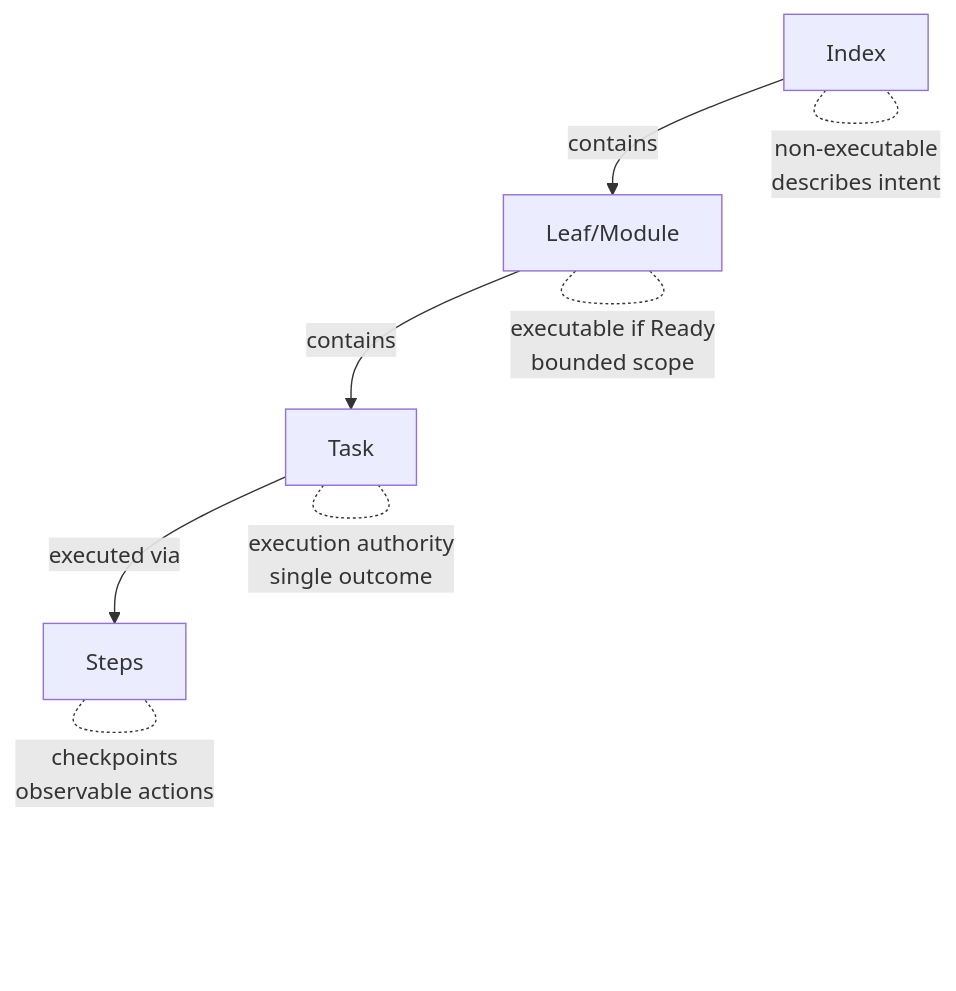
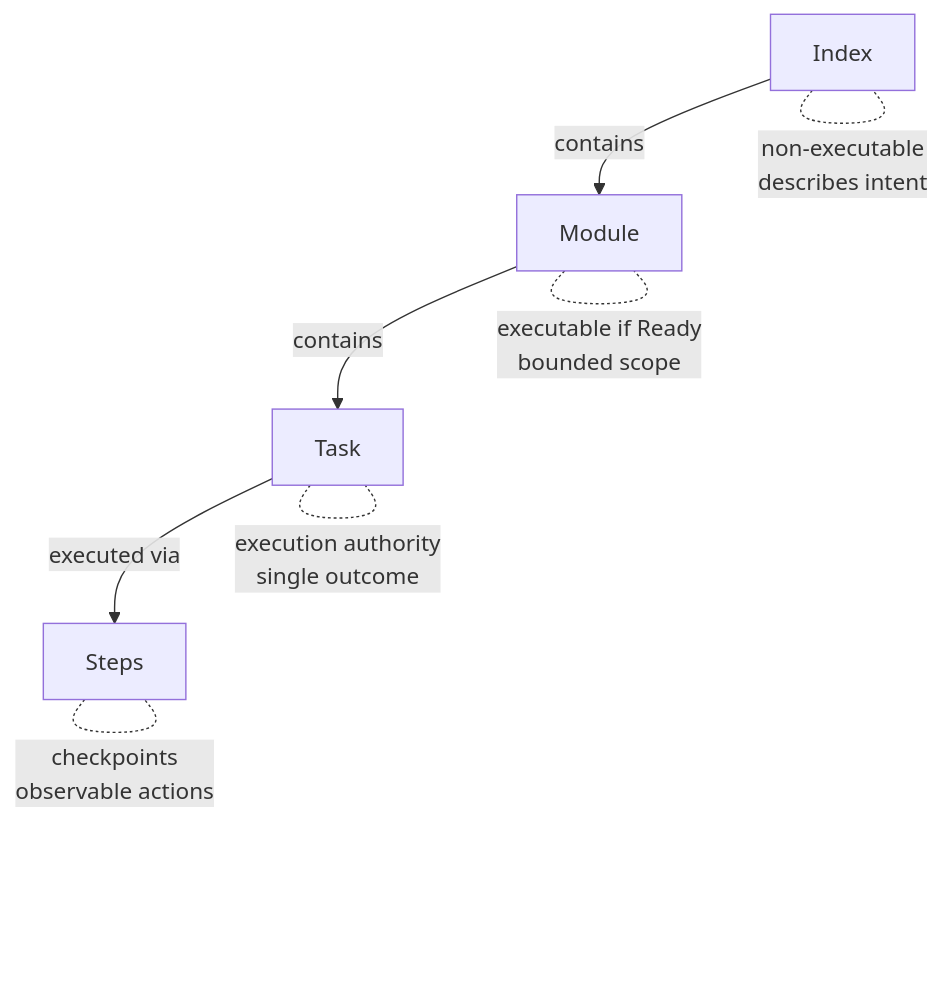
One commit to EddaCraft/anvil-plan-spec changed the diagram in README.md. Above: the diagram before and after it, drawn with Mermaid. The commit also changed other lines of this file and 13 other files, not shown here.

First line of the commit message:
refactor: rename leaf template to module template and improve clarity

````diff
--- a/README.md
+++ b/README.md
@@ -36,11 +36,11 @@
 ```mermaid
 graph TD
-    A[Index] -->|contains| B[Leaf/Module]
+    A[Index] -->|contains| B[Module]
     B -->|contains| C[Task]
     C -->|executed via| D[Steps]
 
     A -.-|"non-executable<br/>describes intent"| A
     B -.-|"executable if Ready<br/>bounded scope"| B
     C -.-|"execution authority<br/>single outcome"| C
     D -.-|"checkpoints<br/>observable actions"| D
 ```
````
